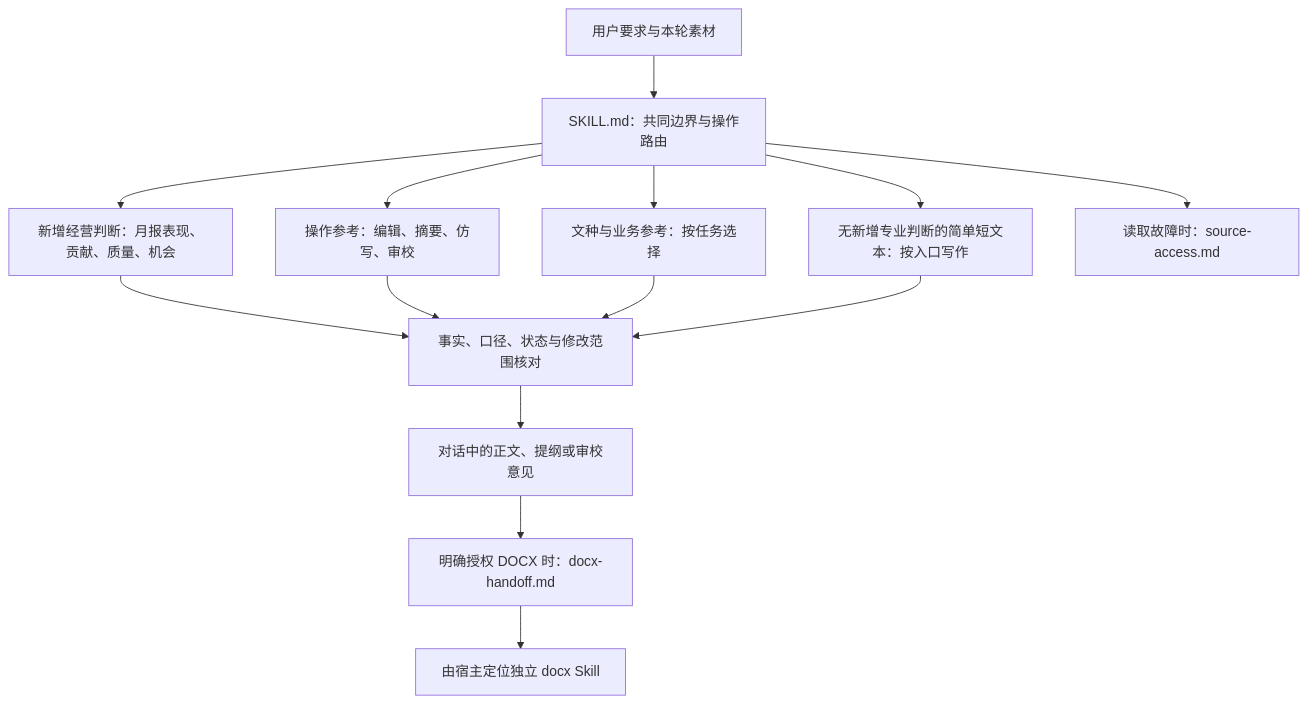
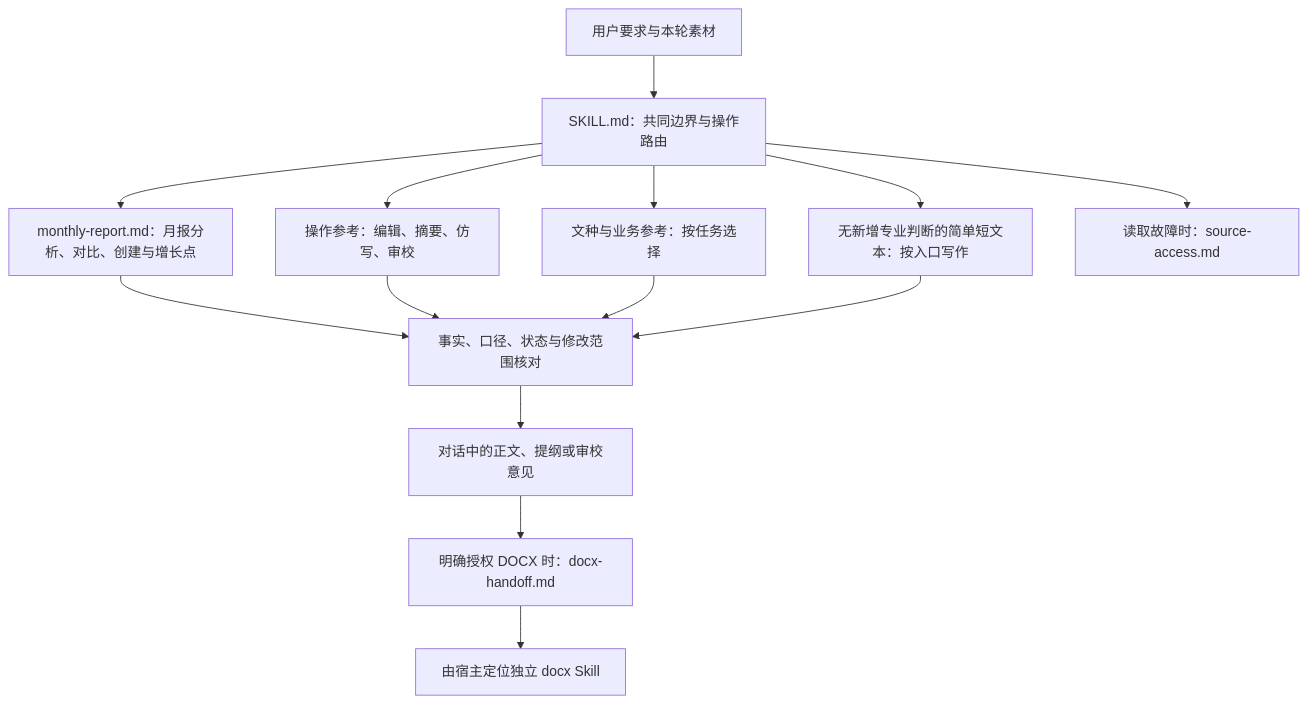
One commit to JohnParken/PSL-SKILLS changed the first of 2 diagrams in docs/skills/bank-writing.md. Above: the diagram before and after it, drawn with Mermaid. The commit also changed other lines of this file and 10 other files, not shown here.

````diff
--- a/docs/skills/bank-writing.md
+++ b/docs/skills/bank-writing.md
@@ -21,16 +21,16 @@
 ```mermaid
 flowchart TD
     A["用户要求与本轮素材"] --> B["SKILL.md：共同边界与操作路由"]
     B --> C["无新增专业判断的简单短文本：按入口写作"]
     B --> D["操作参考：编辑、摘要、仿写、审校"]
     B --> E["文种与业务参考：按任务选择"]
-    B --> M["新增经营判断：月报表现、贡献、质量、机会"]
+    B --> M["monthly-report.md：月报分析、对比、创建与增长点"]
     M --> F
     D --> F["事实、口径、状态与修改范围核对"]
     E --> F
     C --> F
     F --> G["对话中的正文、提纲或审校意见"]
     G --> H["明确授权 DOCX 时：docx-handoff.md"]
     H --> I["由宿主定位独立 docx Skill"]
     B --> J["读取故障时：source-access.md"]
 ```
````
